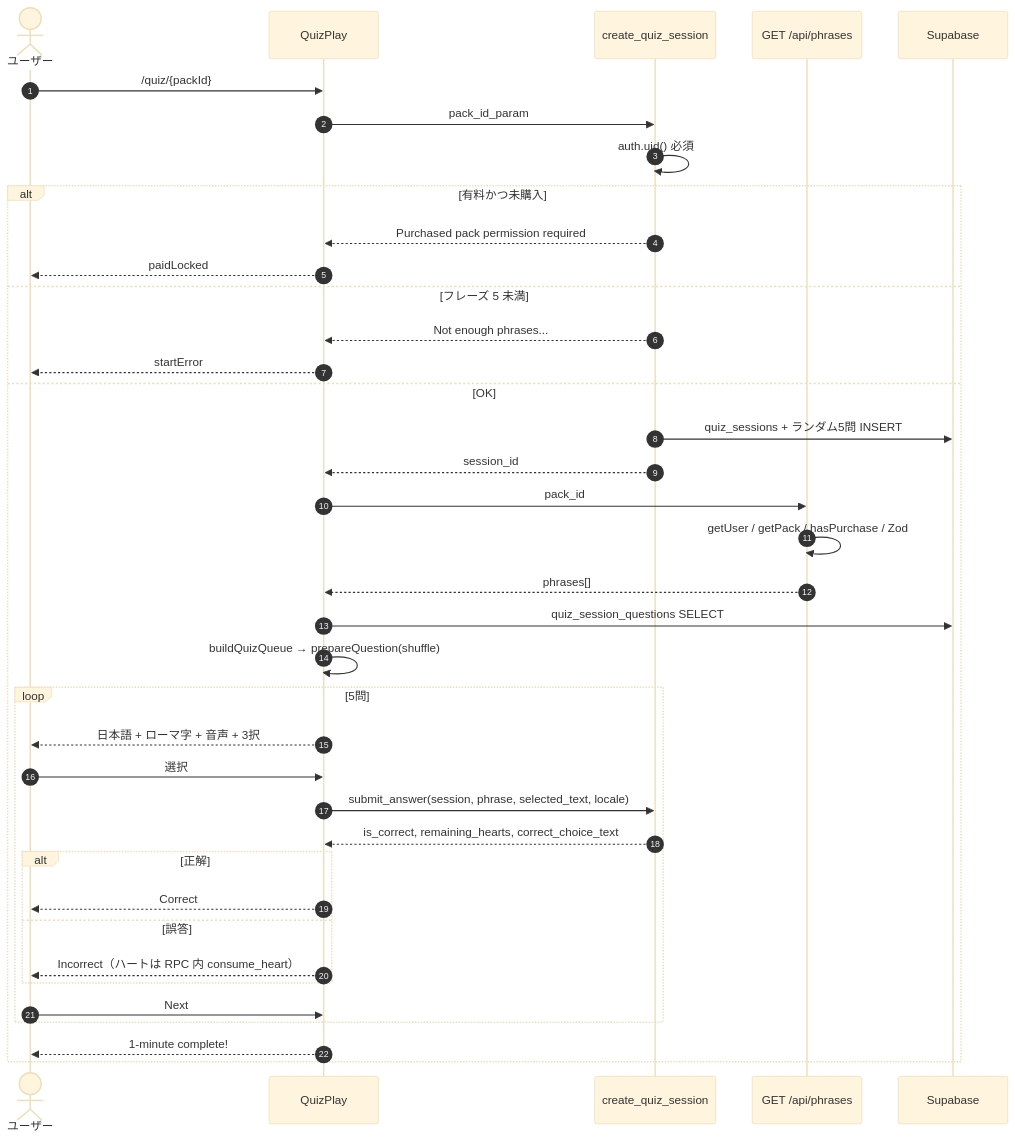
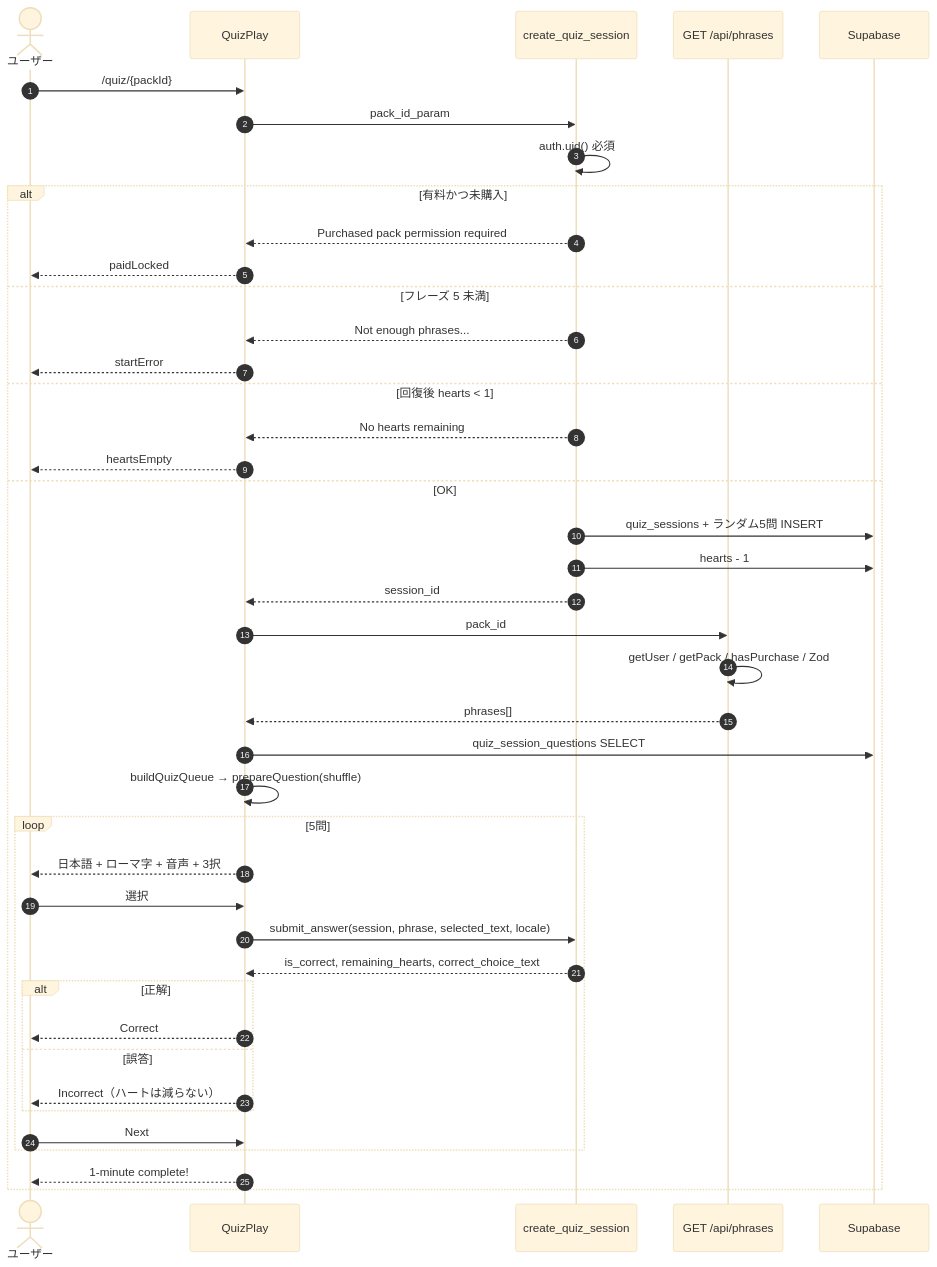
One commit to atosantasan/japanki changed the fourth of 8 diagrams in docs/design/3_sequence_and_flow.md. Above: the diagram before and after it, drawn with Mermaid (base theme). The commit also changed other lines of this file and 26 other files, not shown here.

````diff
--- a/docs/design/3_sequence_and_flow.md
+++ b/docs/design/3_sequence_and_flow.md
@@ -137,41 +137,45 @@
 ```mermaid
 sequenceDiagram
     autonumber
     actor User as ユーザー
     participant UI as QuizPlay
     participant RPC as create_quiz_session
     participant API as GET /api/phrases
     participant DB as Supabase
 
     User->>UI: /quiz/{packId}
     UI->>RPC: pack_id_param
     RPC->>RPC: auth.uid() 必須
     alt 有料かつ未購入
         RPC-->>UI: Purchased pack permission required
         UI-->>User: paidLocked
     else フレーズ 5 未満
         RPC-->>UI: Not enough phrases...
         UI-->>User: startError
+    else 回復後 hearts < 1
+        RPC-->>UI: No hearts remaining
+        UI-->>User: heartsEmpty
     else OK
         RPC->>DB: quiz_sessions + ランダム5問 INSERT
+        RPC->>DB: hearts - 1
         RPC-->>UI: session_id
         UI->>API: pack_id
         API->>API: getUser / getPack / hasPurchase / Zod
         API-->>UI: phrases[]
         UI->>DB: quiz_session_questions SELECT
         UI->>UI: buildQuizQueue → prepareQuestion(shuffle)
         loop 5問
             UI-->>User: 日本語 + ローマ字 + 音声 + 3択
             User->>UI: 選択
             UI->>RPC: submit_answer(session, phrase, selected_text, locale)
             RPC-->>UI: is_correct, remaining_hearts, correct_choice_text
             alt 正解
                 UI-->>User: Correct
             else 誤答
-                UI-->>User: Incorrect（ハートは RPC 内 consume_heart）
+                UI-->>User: Incorrect（ハートは減らない）
             end
             User->>UI: Next
         end
         UI-->>User: 1-minute complete!
     end
 ```
````
